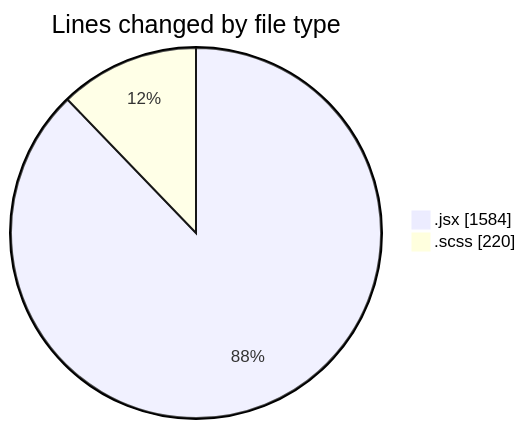
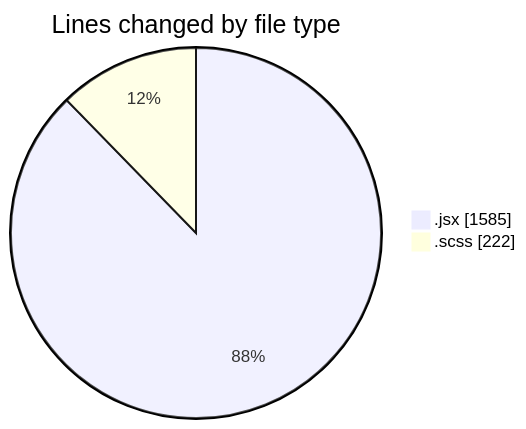
Before and after one commit to momahboobian/code-tracking: the first of 2 diagrams in 2026-09-02/cda/README.md, drawn with Mermaid. The commit also changed other lines of this file and 1 other file, not shown here.

````diff
--- a/2026-09-02/cda/README.md
+++ b/2026-09-02/cda/README.md
@@ -27,6 +27,6 @@
 ```mermaid
 pie showData
 title Lines changed by file type
-".jsx" : 1584
-".scss" : 220
+".jsx" : 1585
+".scss" : 222
 ```
````
